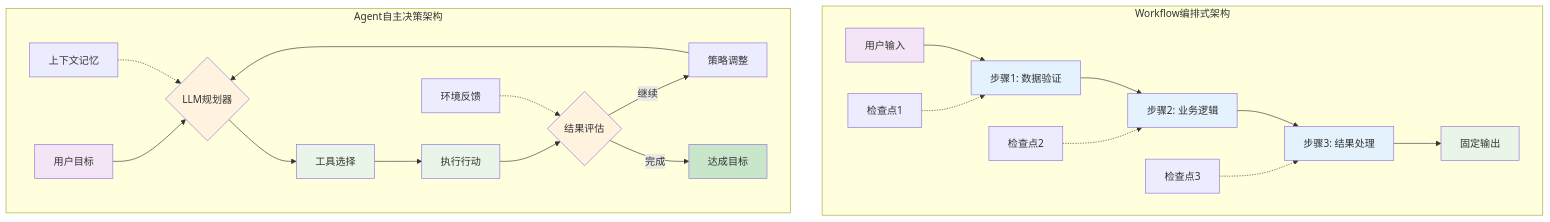
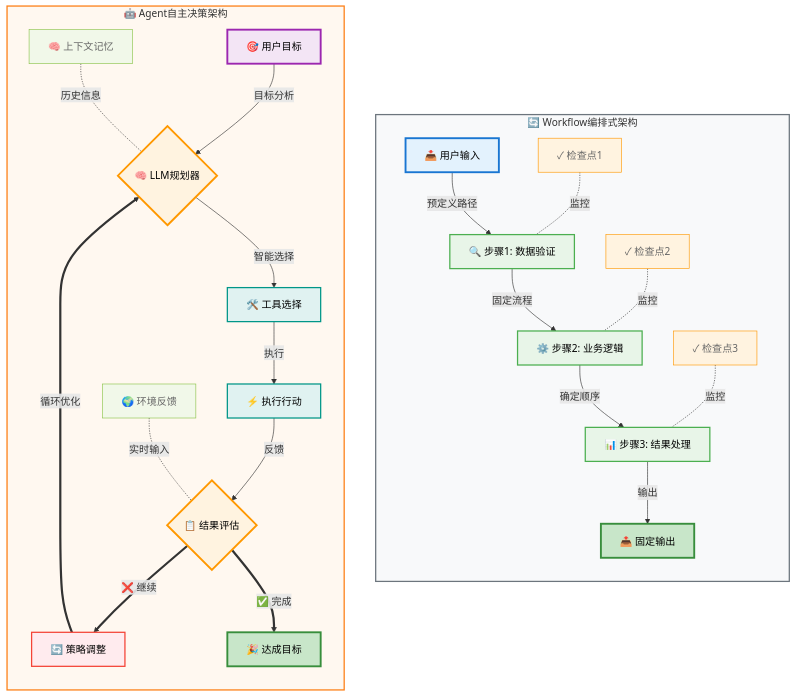
Before and after one commit to yxzf/claude-code-guide: the second of 8 diagrams in AI_Agent_完整入门指南.md, drawn with Mermaid. The commit also changed other lines of this file, not shown here.

First line of the commit message:
优化AI Agent文档图表视觉效果：线条、节点大小、连接样式全面提升

````diff
--- a/AI_Agent_完整入门指南.md
+++ b/AI_Agent_完整入门指南.md
@@ -92,39 +109,53 @@
 ```mermaid
-graph TB
-    subgraph "Workflow编排式架构"
-        A1[用户输入] --> B1[步骤1: 数据验证]
-        B1 --> C1[步骤2: 业务逻辑]
-        C1 --> D1[步骤3: 结果处理]
-        D1 --> E1[固定输出]
+graph TD
+    subgraph WF ["🔄 Workflow编排式架构"]
+        direction TD
+        A1[📥 用户输入] -->|预定义路径| B1[🔍 步骤1: 数据验证]
+        B1 -->|固定流程| C1[⚙️ 步骤2: 业务逻辑]
+        C1 -->|确定顺序| D1[📊 步骤3: 结果处理]
+        D1 -->|输出| E1[📤 固定输出]
         
-        F1[检查点1] -.-> B1
-        G1[检查点2] -.-> C1
-        H1[检查点3] -.-> D1
-        
-        style B1 fill:#e3f2fd
-        style C1 fill:#e3f2fd
-        style D1 fill:#e3f2fd
-        style A1 fill:#f3e5f5
-        style E1 fill:#e8f5e8
+        F1[✓ 检查点1] -.-|监控| B1
+        G1[✓ 检查点2] -.-|监控| C1
+        H1[✓ 检查点3] -.-|监控| D1
     end
     
-    subgraph "Agent自主决策架构"
-        A2[用户目标] --> B2{LLM规划器}
-        B2 --> C2[工具选择]
-        C2 --> D2[执行行动]
-        D2 --> E2{结果评估}
-        E2 -->|继续| F2[策略调整]
-        F2 --> B2
-        E2 -->|完成| G2[达成目标]
+    subgraph AG ["🤖 Agent自主决策架构"]
+        direction TD
+        A2[🎯 用户目标] -->|目标分析| B2{🧠 LLM规划器}
+        B2 -->|智能选择| C2[🛠️ 工具选择]
+        C2 -->|执行| D2[⚡ 执行行动]
+        D2 -->|反馈| E2{📋 结果评估}
+        E2 ==>|❌ 继续| F2[🔄 策略调整]
+        F2 ==>|循环优化| B2
+        E2 ==>|✅ 完成| G2[🎉 达成目标]
         
-        H2[环境反馈] -.-> E2
-        I2[上下文记忆] -.-> B2
-        
-        style B2 fill:#fff3e0
-        style E2 fill:#fff3e0
-        style C2 fill:#e8f5e8
-        style D2 fill:#e8f5e8
-        style A2 fill:#f3e5f5
-        style G2 fill:#c8e6c9
+        H2[🌍 环境反馈] -.-|实时输入| E2
+        I2[🧠 上下文记忆] -.-|历史信息| B2
     end
+    
+    %% Workflow样式
+    style A1 fill:#e3f2fd,stroke:#1976d2,stroke-width:3px,color:#000
+    style B1 fill:#e8f5e8,stroke:#4caf50,stroke-width:2px,color:#000
+    style C1 fill:#e8f5e8,stroke:#4caf50,stroke-width:2px,color:#000
+    style D1 fill:#e8f5e8,stroke:#4caf50,stroke-width:2px,color:#000
+    style E1 fill:#c8e6c9,stroke:#388e3c,stroke-width:3px,color:#000
+    style F1 fill:#fff3e0,stroke:#ff9800,stroke-width:1px,color:#666
+    style G1 fill:#fff3e0,stroke:#ff9800,stroke-width:1px,color:#666
+    style H1 fill:#fff3e0,stroke:#ff9800,stroke-width:1px,color:#666
+    
+    %% Agent样式
+    style A2 fill:#f3e5f5,stroke:#9c27b0,stroke-width:3px,color:#000
+    style B2 fill:#fff3e0,stroke:#ff9800,stroke-width:3px,color:#000
+    style C2 fill:#e0f2f1,stroke:#009688,stroke-width:2px,color:#000
+    style D2 fill:#e0f2f1,stroke:#009688,stroke-width:2px,color:#000
+    style E2 fill:#fff3e0,stroke:#ff9800,stroke-width:3px,color:#000
+    style F2 fill:#ffebee,stroke:#f44336,stroke-width:2px,color:#000
+    style G2 fill:#c8e6c9,stroke:#388e3c,stroke-width:3px,color:#000
+    style H2 fill:#f1f8e9,stroke:#8bc34a,stroke-width:1px,color:#666
+    style I2 fill:#f1f8e9,stroke:#8bc34a,stroke-width:1px,color:#666
+    
+    %% 子图样式
+    style WF fill:#f8f9fa,stroke:#6c757d,stroke-width:2px
+    style AG fill:#fff8f0,stroke:#fd7e14,stroke-width:2px
 ```
````
